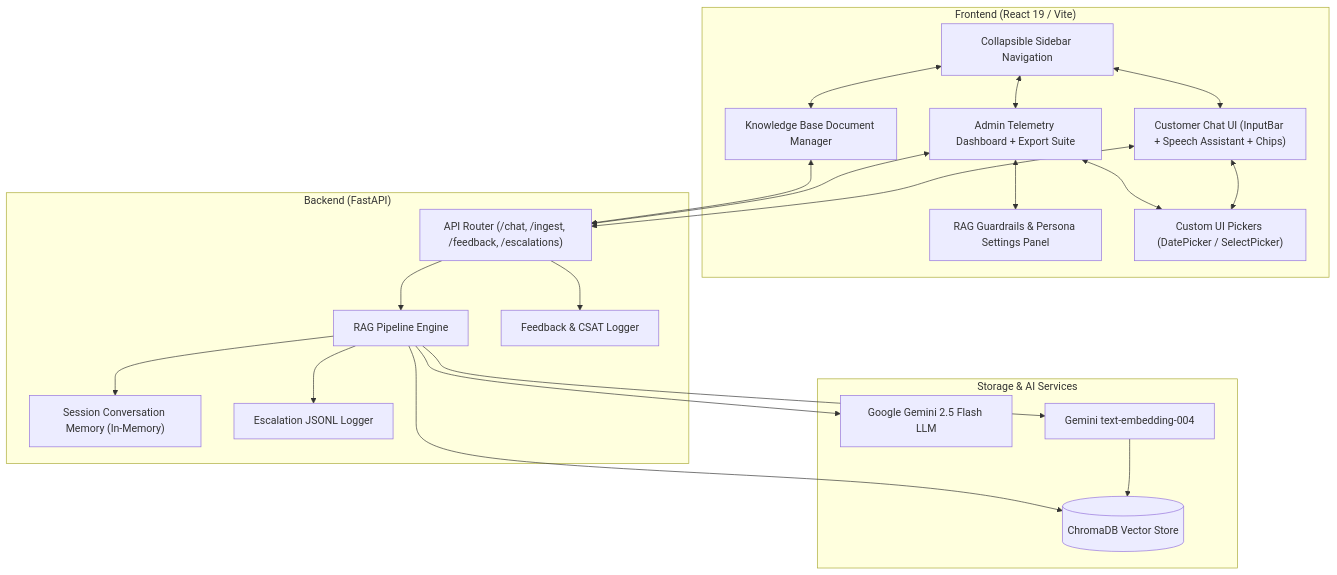
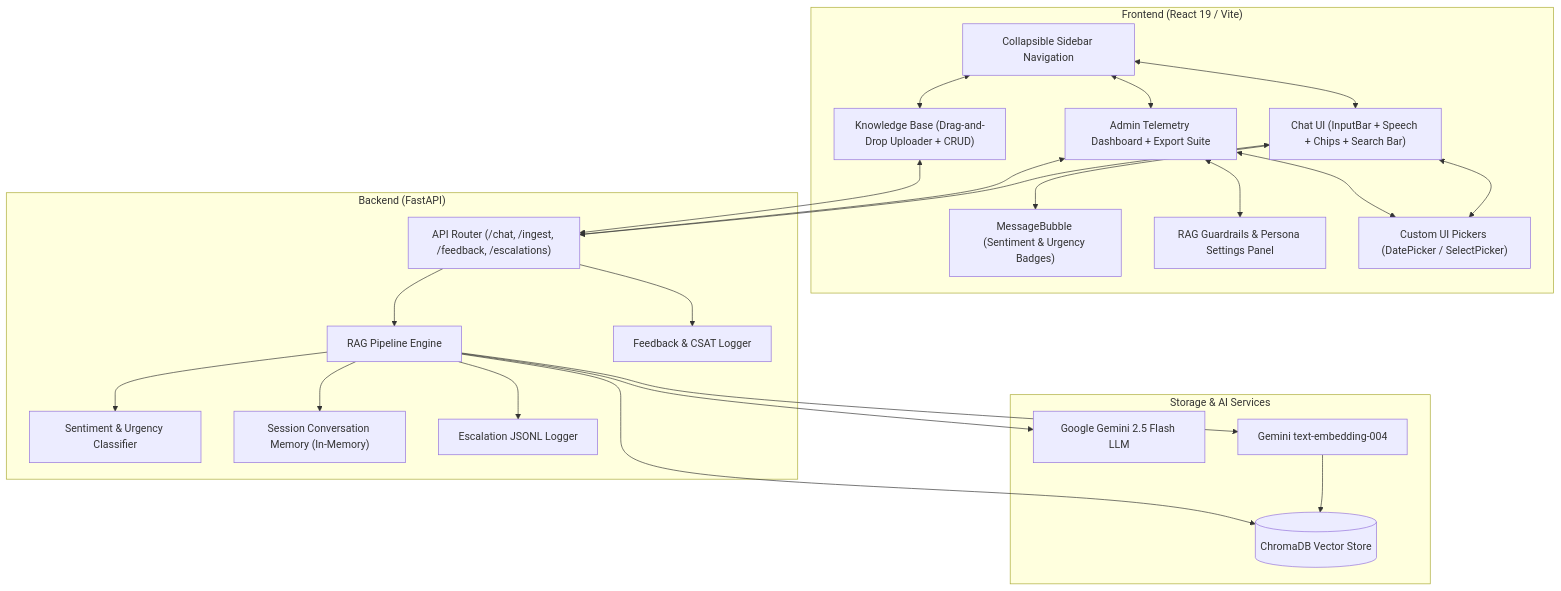
The first of 2 diagrams in README.md (Giancyril/Relay), drawn with Mermaid before and after one commit. The commit also changed other lines of this file, not shown here.

````diff
--- a/README.md
+++ b/README.md
@@ -57,45 +72,49 @@
 ```mermaid
 graph TD
     subgraph Client ["Frontend (React 19 / Vite)"]
         Sidebar["Collapsible Sidebar Navigation"]
-        ChatUI["Customer Chat UI (InputBar + Speech Assistant + Chips)"]
+        ChatUI["Chat UI (InputBar + Speech + Chips + Search Bar)"]
+        MsgBubble["MessageBubble (Sentiment & Urgency Badges)"]
         AdminUI["Admin Telemetry Dashboard + Export Suite"]
         RAGSettings["RAG Guardrails & Persona Settings Panel"]
-        KBUI["Knowledge Base Document Manager"]
+        KBUI["Knowledge Base (Drag-and-Drop Uploader + CRUD)"]
         Pickers["Custom UI Pickers (DatePicker / SelectPicker)"]
     end
 
     subgraph Server ["Backend (FastAPI)"]
         Router["API Router (/chat, /ingest, /feedback, /escalations)"]
         RAGService["RAG Pipeline Engine"]
+        Sentiment["Sentiment & Urgency Classifier"]
         MemoryStore["Session Conversation Memory (In-Memory)"]
         EscLogger["Escalation JSONL Logger"]
         FBLogger["Feedback & CSAT Logger"]
     end
 
     subgraph External ["Storage & AI Services"]
         Chroma[(ChromaDB Vector Store)]
         Gemini[Google Gemini 2.5 Flash LLM]
         Embeddings[Gemini text-embedding-004]
     end
 
     Sidebar <--> ChatUI
     Sidebar <--> AdminUI
     Sidebar <--> KBUI
+    ChatUI --> MsgBubble
     ChatUI <--> Pickers
     AdminUI <--> Pickers
     AdminUI <--> RAGSettings
 
     ChatUI <--> Router
     AdminUI <--> Router
     KBUI <--> Router
 
     Router --> RAGService
     RAGService --> MemoryStore
+    RAGService --> Sentiment
     RAGService --> Embeddings
     Embeddings --> Chroma
     RAGService --> Chroma
     RAGService --> Gemini
     RAGService --> EscLogger
     Router --> FBLogger
 ```
````
